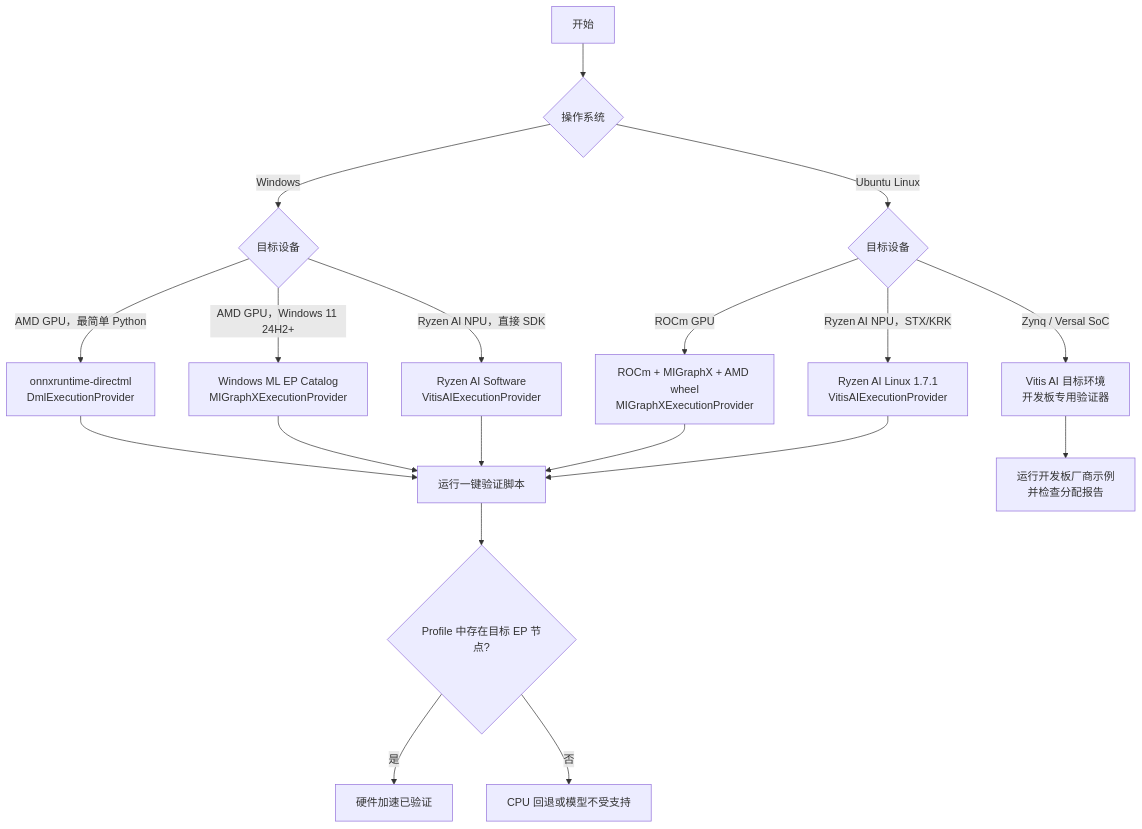
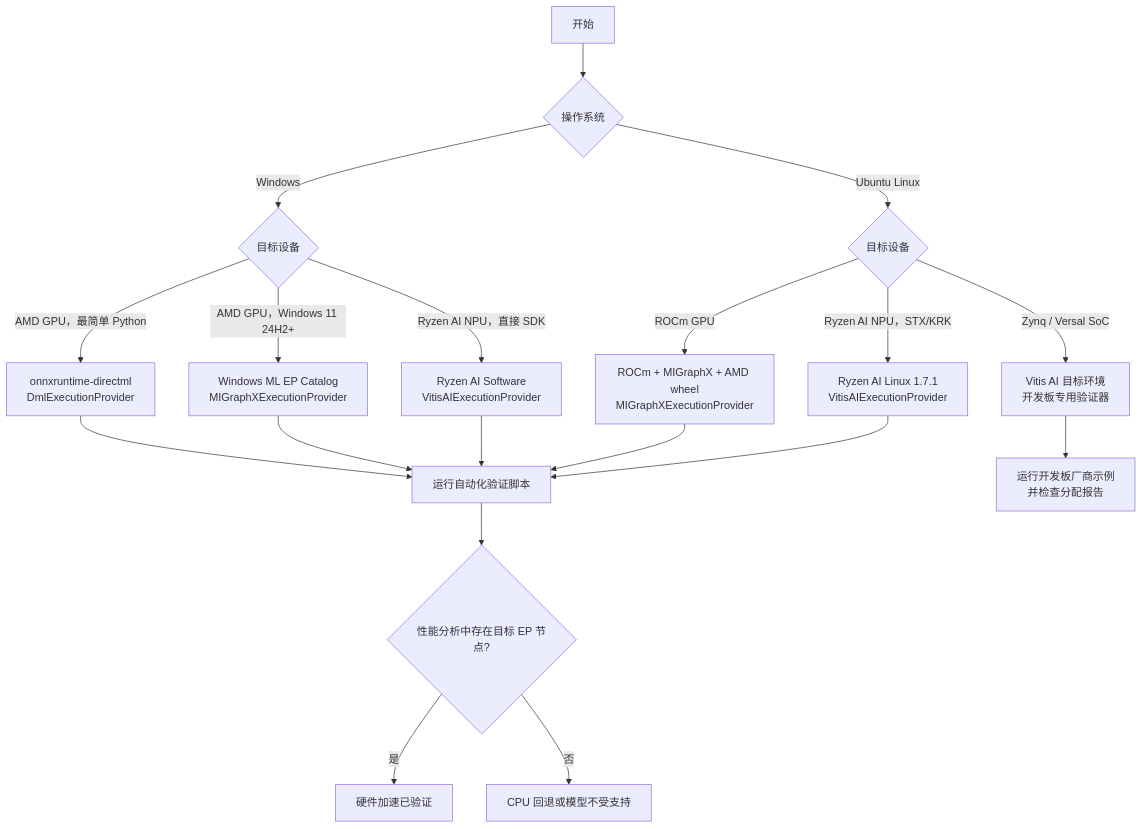
The first of 2 diagrams in AMD/README.zh-CN.md (DakeQQ/Tutorial-ONNX-Runtime-Execution-Providers), drawn with Mermaid before and after one commit. The commit also changed other lines of this file, not shown here.

````diff
--- a/AMD/README.zh-CN.md
+++ b/AMD/README.zh-CN.md
@@ -34,24 +34,24 @@
 ```mermaid
 flowchart TD
     A[开始] --> B{操作系统}
     B -->|Windows| C{目标设备}
     B -->|Ubuntu Linux| D{目标设备}
 
     C -->|AMD GPU，最简单 Python| E[onnxruntime-directml<br/>DmlExecutionProvider]
     C -->|AMD GPU，Windows 11 24H2+| F[Windows ML EP Catalog<br/>MIGraphXExecutionProvider]
     C -->|Ryzen AI NPU，直接 SDK| G[Ryzen AI Software<br/>VitisAIExecutionProvider]
 
     D -->|ROCm GPU| H[ROCm + MIGraphX + AMD wheel<br/>MIGraphXExecutionProvider]
     D -->|Ryzen AI NPU，STX/KRK| I[Ryzen AI Linux 1.7.1<br/>VitisAIExecutionProvider]
     D -->|Zynq / Versal SoC| J[Vitis AI 目标环境<br/>开发板专用验证器]
 
-    E --> K[运行一键验证脚本]
+    E --> K[运行自动化验证脚本]
     F --> K
     G --> K
     H --> K
     I --> K
     J --> O[运行开发板厂商示例<br/>并检查分配报告]
-    K --> L{Profile 中存在目标 EP 节点?}
+    K --> L{性能分析中存在目标 EP 节点?}
     L -->|是| M[硬件加速已验证]
     L -->|否| N[CPU 回退或模型不受支持]
 ```
````
